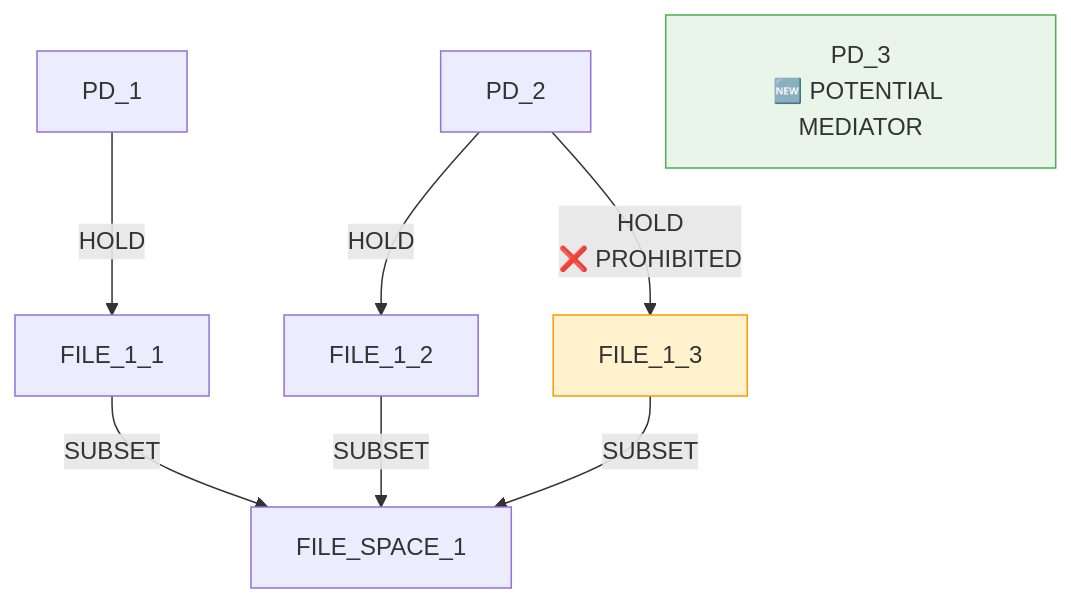
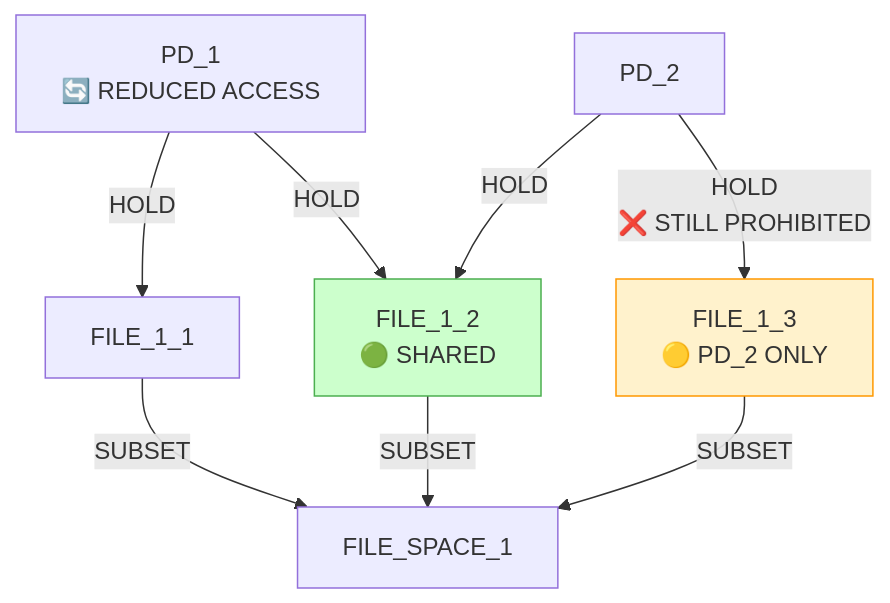
The third of 8 diagrams in scripts/proc/submarine/mediator_test_indirect_detailed_analysis.md (sid-agrawal/OSmosis), drawn with Mermaid before and after one commit. The commit also changed other lines of this file and 2 other files, not shown here.

````diff
--- a/scripts/proc/submarine/mediator_test_indirect_detailed_analysis.md
+++ b/scripts/proc/submarine/mediator_test_indirect_detailed_analysis.md
@@ -107,20 +125,20 @@
 ```mermaid
 graph TD
-    PD1[PD_1] 
+    PD1[PD_1<br/>🔄 REDUCED ACCESS] 
     PD2[PD_2]
-    PD3[PD_3<br/>🆕 POTENTIAL MEDIATOR]
     FS[FILE_SPACE_1]
     F1[FILE_1_1]
-    F2[FILE_1_2]
-    F3[FILE_1_3]
+    F2[FILE_1_2<br/>🟢 SHARED]
+    F3[FILE_1_3<br/>🟡 PD_2 ONLY]
     
     PD1 -->|HOLD| F1
+    PD1 -->|HOLD| F2
     PD2 -->|HOLD| F2
-    PD2 -->|HOLD<br/>❌ PROHIBITED| F3
+    PD2 -->|HOLD<br/>❌ STILL PROHIBITED| F3
     F1 -->|SUBSET| FS
     F2 -->|SUBSET| FS
     F3 -->|SUBSET| FS
     
-    style PD3 fill:#e8f5e8,stroke:#4caf50
+    style F2 fill:#ccffcc,stroke:#4caf50
     style F3 fill:#fff2cc,stroke:#ff9800
 ```
````
